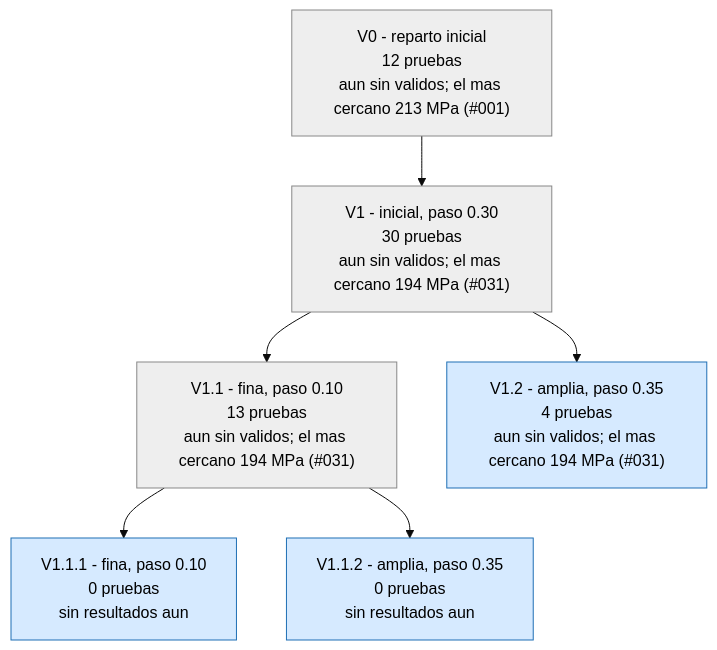
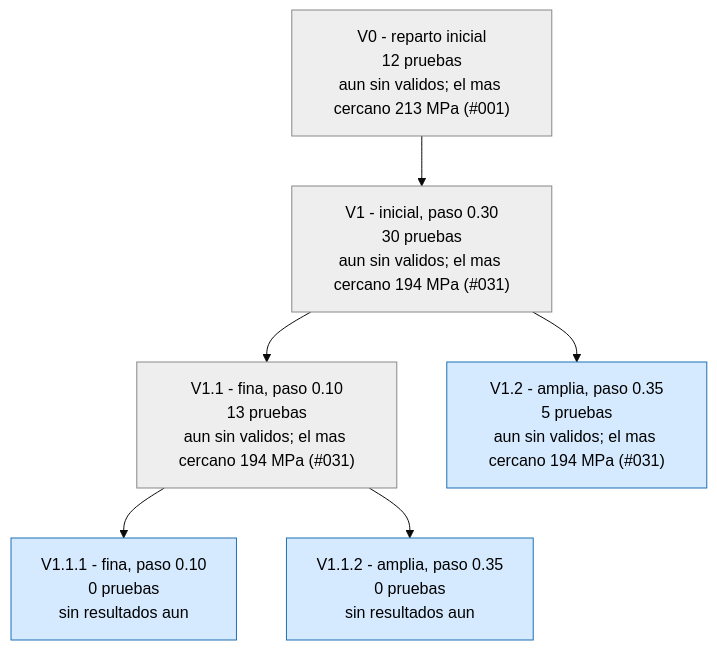
One commit to Hugiko/msd-soporte-optimizacion changed the first of 3 diagrams in runs/opt_37800N/ARBOL.md. Above: the diagram before and after it, drawn with Mermaid (base theme). The commit also changed 20 other files, not shown here.

````diff
--- a/runs/opt_37800N/ARBOL.md
+++ b/runs/opt_37800N/ARBOL.md
@@ -9,17 +9,17 @@
 ```mermaid
 graph TD
 classDef activa fill:#d6eaff,stroke:#1f6fb5,color:#000
 classDef fin fill:#eeeeee,stroke:#888,color:#000
 classDef mejor fill:#c8f0c0,stroke:#1a9850,stroke-width:4px,color:#000
 V0["V0 - reparto inicial<br/>12 pruebas<br/>aun sin validos; el mas cercano 213 MPa (#001)"]:::fin
 V1["V1 - inicial, paso 0.30<br/>30 pruebas<br/>aun sin validos; el mas cercano 194 MPa (#031)"]:::fin
 V0 --> V1
 V1_1["V1.1 - fina, paso 0.10<br/>13 pruebas<br/>aun sin validos; el mas cercano 194 MPa (#031)"]:::fin
 V1 --> V1_1
-V1_2["V1.2 - amplia, paso 0.35<br/>4 pruebas<br/>aun sin validos; el mas cercano 194 MPa (#031)"]:::activa
+V1_2["V1.2 - amplia, paso 0.35<br/>5 pruebas<br/>aun sin validos; el mas cercano 194 MPa (#031)"]:::activa
 V1 --> V1_2
 V1_1_1["V1.1.1 - fina, paso 0.10<br/>0 pruebas<br/>sin resultados aun"]:::activa
 V1_1 --> V1_1_1
 V1_1_2["V1.1.2 - amplia, paso 0.35<br/>0 pruebas<br/>sin resultados aun"]:::activa
 V1_1 --> V1_1_2
 ```
````
